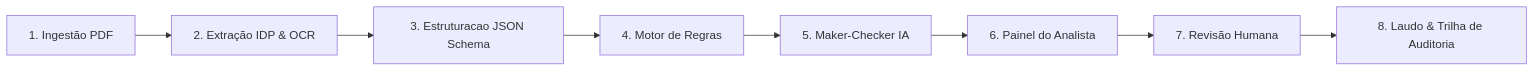
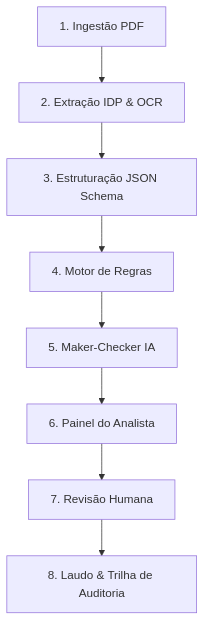
The diagram in docs/planning/project-plan.md (conformia-bndes/conformia-platform), drawn with Mermaid before and after one commit. The commit also changed 4 other files, not shown here.

````diff
--- a/docs/planning/project-plan.md
+++ b/docs/planning/project-plan.md
@@ -137,10 +137,10 @@
 ```mermaid
-flowchart LR
+flowchart TD
     A["1. Ingestão PDF"] --> B["2. Extração IDP & OCR"]
-    B --> C["3. Estruturacao JSON Schema"]
+    B --> C["3. Estruturação JSON Schema"]
     C --> D["4. Motor de Regras"]
     D --> E["5. Maker-Checker IA"]
     E --> F["6. Painel do Analista"]
     F --> G["7. Revisão Humana"]
     G --> H["8. Laudo & Trilha de Auditoria"]
 ```
````
